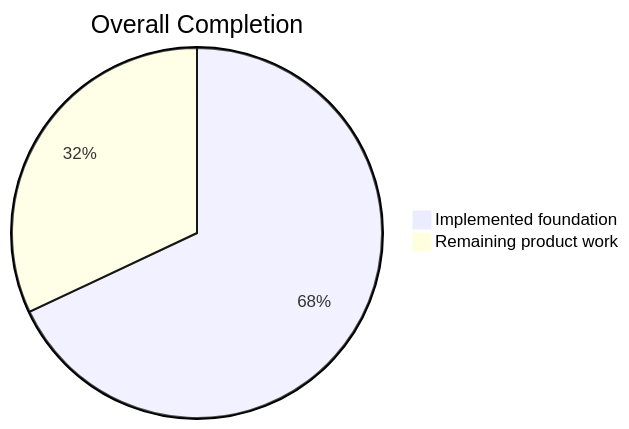
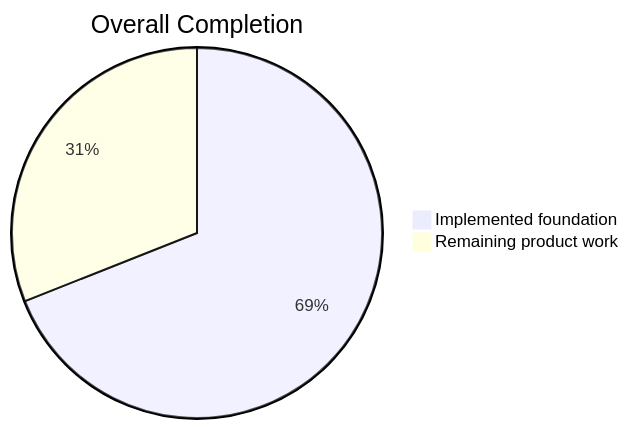
One commit to lingmulongtai/GlyphRay changed the first of 5 diagrams in README.md. Above: the diagram before and after it, drawn with Mermaid. The commit also changed other lines of this file and 6 other files, not shown here.

````diff
--- a/README.md
+++ b/README.md
@@ -15,5 +15,5 @@
 ```mermaid
 pie title Overall Completion
-  "Implemented foundation" : 68
-  "Remaining product work" : 32
+  "Implemented foundation" : 69
+  "Remaining product work" : 31
 ```
````
